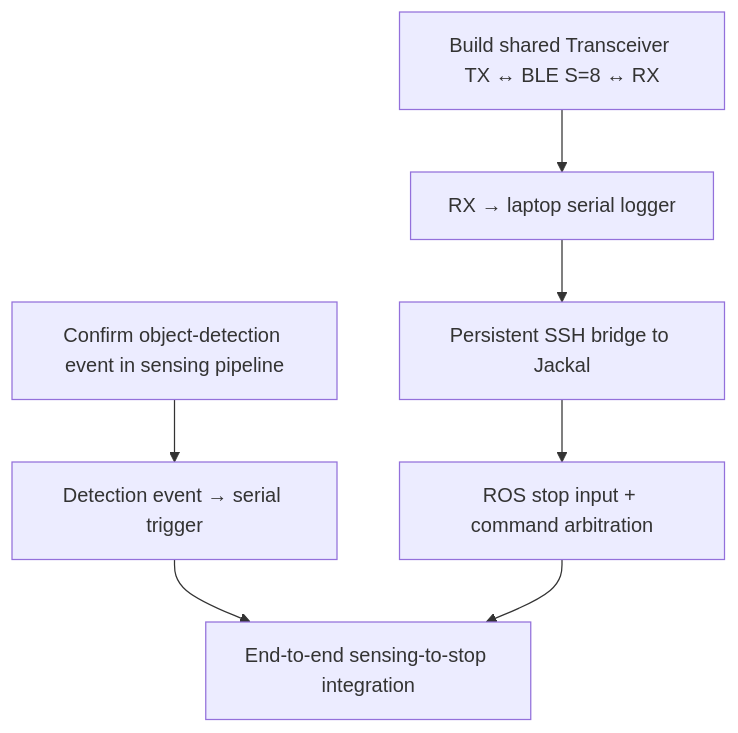
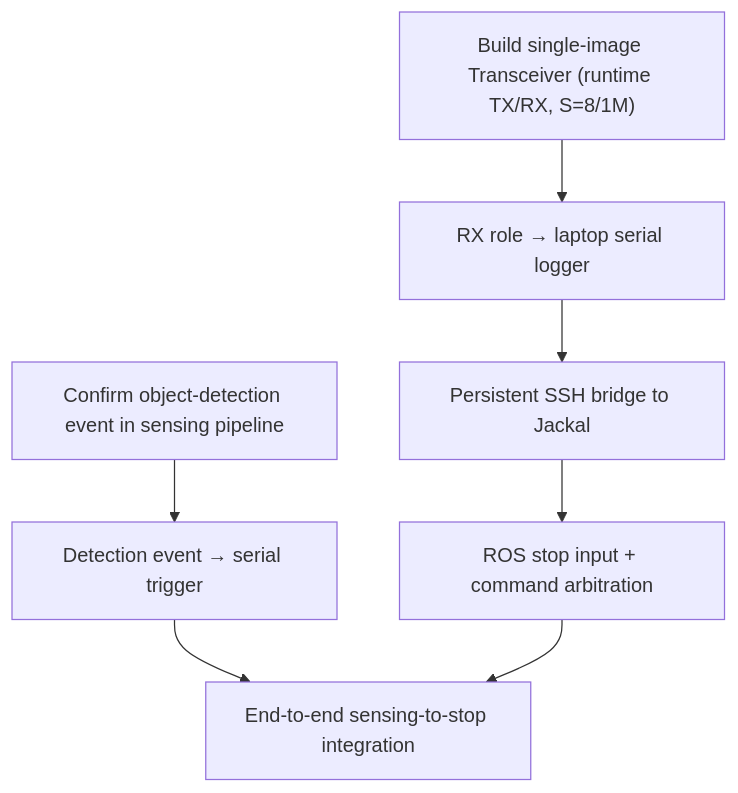
The diagram in system/control-signal-path.md (kirolossedra/RIS-Robotics), drawn with Mermaid before and after one commit. The commit also changed other lines of this file and 46 other files, not shown here.

First line of the commit message:
feat(transceiver): single-image runtime roles on nRF52833 with passing two-board link

````diff
--- a/system/control-signal-path.md
+++ b/system/control-signal-path.md
@@ -210,9 +211,9 @@
 ```mermaid
 flowchart TD
     A["Confirm object-detection event in sensing pipeline"] --> B["Detection event → serial trigger"]
-    C["Build shared Transceiver TX ↔ BLE S=8 ↔ RX"] --> D["RX → laptop serial logger"]
+    C["Build single-image Transceiver (runtime TX/RX, S=8/1M)"] --> D["RX role → laptop serial logger"]
     D --> E["Persistent SSH bridge to Jackal"]
     E --> F["ROS stop input + command arbitration"]
     B --> G["End-to-end sensing-to-stop integration"]
     F --> G
 ```
````
